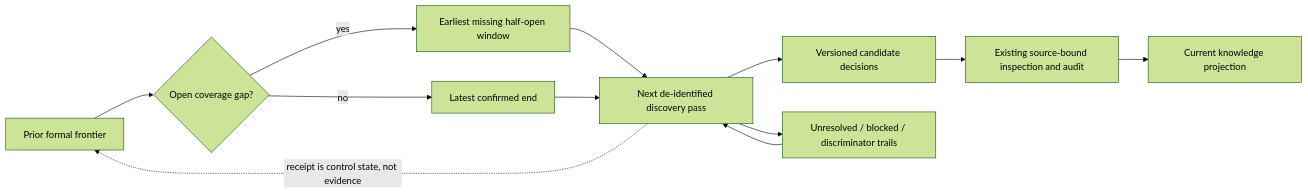
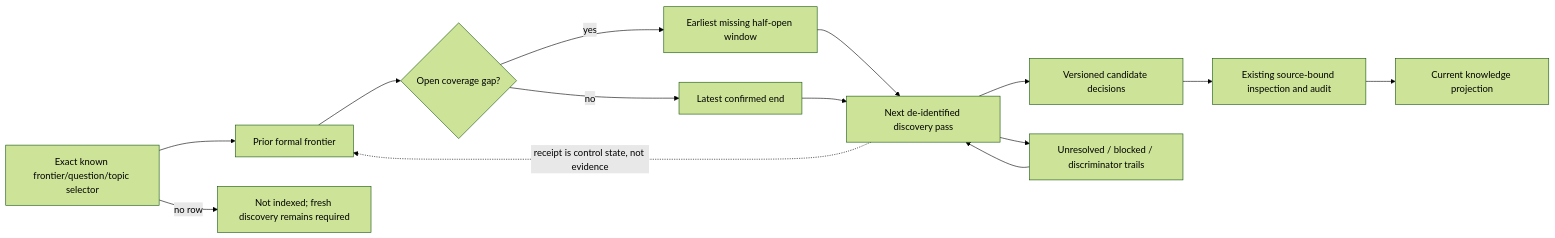
The third of 6 diagrams in docs/architecture/living-evidence-repository-map.md (u-dont-existDOTcom/AskRigor), drawn with Mermaid (forest theme) before and after one commit. The commit also changed other lines of this file and 60 other files, not shown here.

````diff
--- a/docs/architecture/living-evidence-repository-map.md
+++ b/docs/architecture/living-evidence-repository-map.md
@@ -134,14 +142,16 @@
 ```mermaid
 flowchart LR
-    PR[Prior formal frontier] --> GAP{Open coverage gap?}
+    LOOKUP[Exact known frontier/question/topic selector] --> PR[Prior formal frontier]
+    LOOKUP -->|no row| MISS[Not indexed; fresh discovery remains required]
+    PR --> GAP{Open coverage gap?}
     GAP -->|yes| EARLY[Earliest missing half-open window]
     GAP -->|no| DELTA[Latest confirmed end]
     EARLY --> PASS[Next de-identified discovery pass]
     DELTA --> PASS
     PASS --> CAND[Versioned candidate decisions]
     PASS --> TRAIL[Unresolved / blocked / discriminator trails]
     CAND --> AUDIT[Existing source-bound inspection and audit]
     TRAIL --> PASS
     AUDIT --> KNOW[Current knowledge projection]
     PASS -. receipt is control state, not evidence .-> PR
 ```
````
